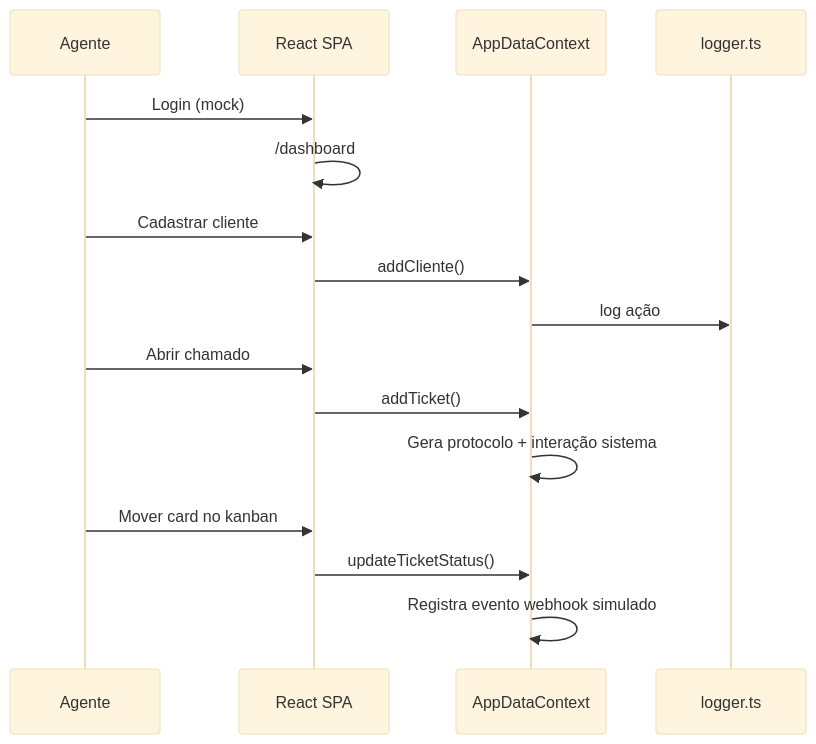
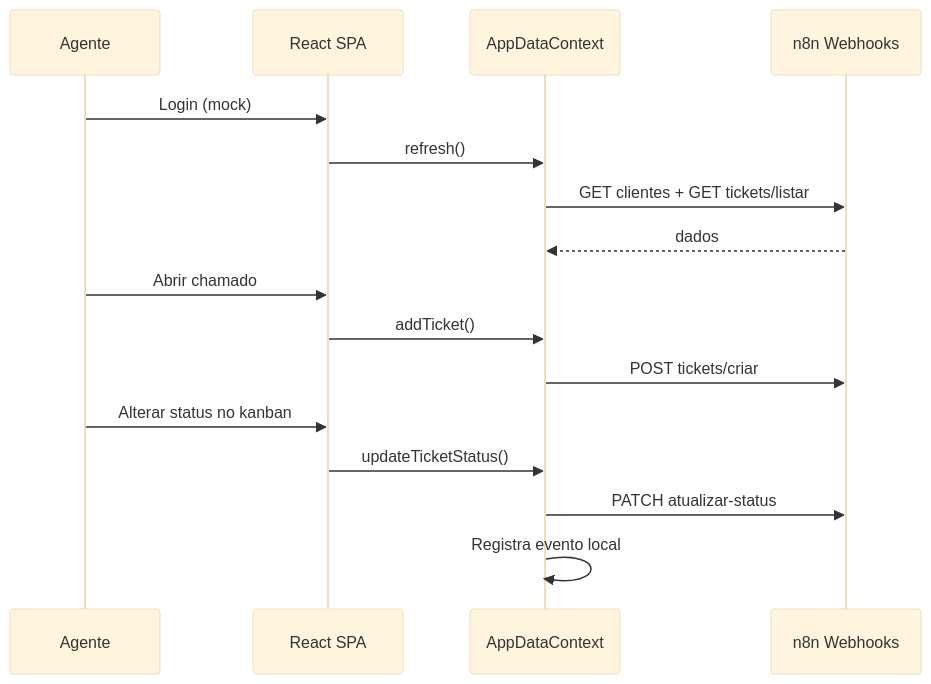
The fourth of 4 diagrams in docs/architecture.md (Victorks4/Bold-Support), drawn with Mermaid (base theme) before and after one commit. The commit also changed other lines of this file and 14 other files, not shown here.

````diff
--- a/docs/architecture.md
+++ b/docs/architecture.md
@@ -126,19 +132,19 @@
 ```mermaid
 sequenceDiagram
   participant A as Agente
   participant UI as React SPA
   participant Ctx as AppDataContext
-  participant Log as logger.ts
+  participant N8N as n8n Webhooks
 
   A->>UI: Login (mock)
-  UI->>UI: /dashboard
-  A->>UI: Cadastrar cliente
-  UI->>Ctx: addCliente()
-  Ctx->>Log: log ação
+  UI->>Ctx: refresh()
+  Ctx->>N8N: GET clientes + GET tickets/listar
+  N8N-->>Ctx: dados
   A->>UI: Abrir chamado
   UI->>Ctx: addTicket()
-  Ctx->>Ctx: Gera protocolo + interação sistema
-  A->>UI: Mover card no kanban
+  Ctx->>N8N: POST tickets/criar
+  A->>UI: Alterar status no kanban
   UI->>Ctx: updateTicketStatus()
-  Ctx->>Ctx: Registra evento webhook simulado
+  Ctx->>N8N: PATCH atualizar-status
+  Ctx->>Ctx: Registra evento local
 ```
````
